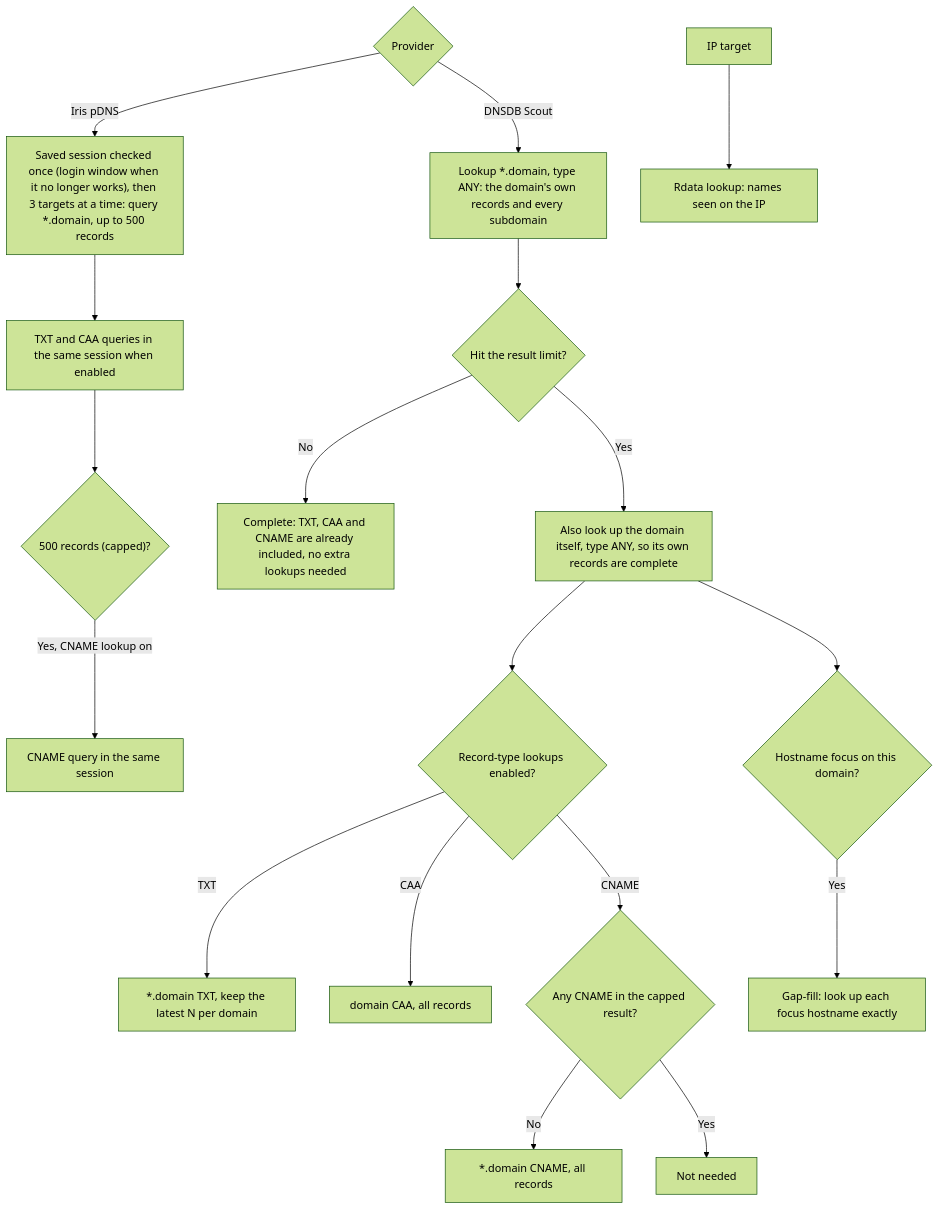
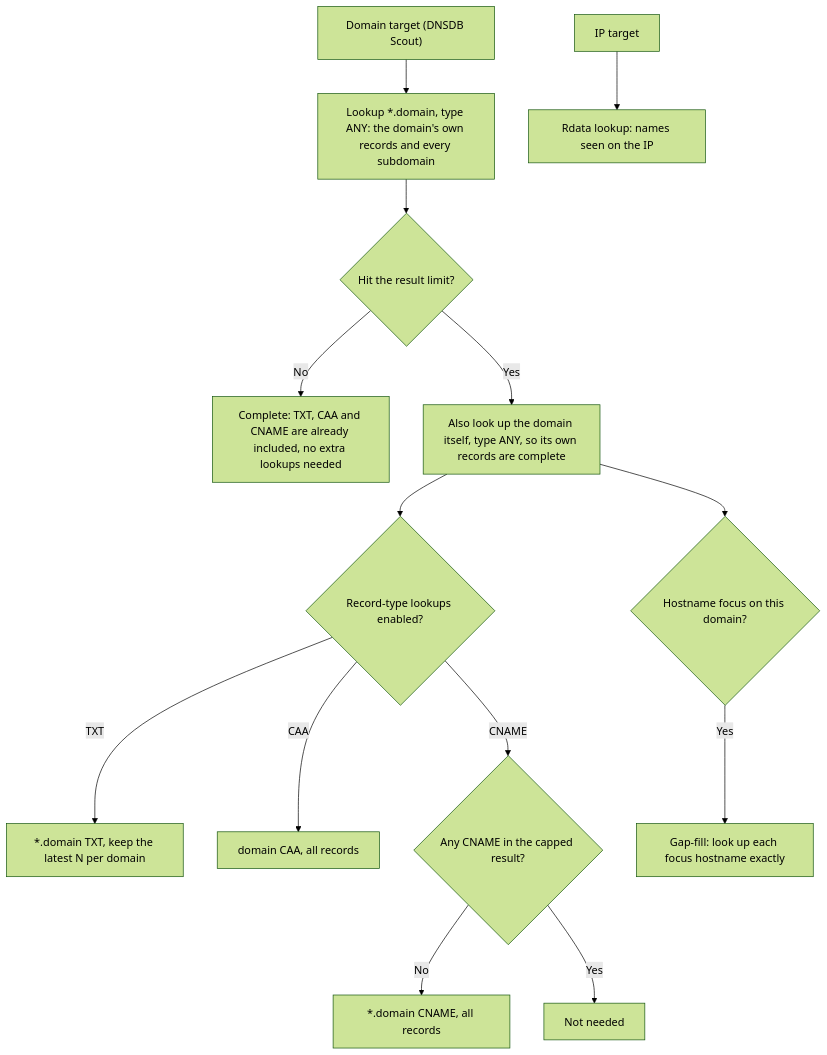
One commit to mmesojedec/DomainTools_Analysis_Detection changed the fifth of 8 diagrams in docs/WORKFLOWS.md. Above: the diagram before and after it, drawn with Mermaid (forest theme). The commit also changed other lines of this file and 34 other files, not shown here.

````diff
--- a/docs/WORKFLOWS.md
+++ b/docs/WORKFLOWS.md
@@ -152,20 +150,16 @@
 ```mermaid
 flowchart TD
-    A{"Provider"} -- "DNSDB Scout" --> B["Lookup *.domain, type ANY: the domain's own records and every subdomain"]
-    A -- "Iris pDNS" --> I["Saved session checked once (login window when it no longer works), then 3 targets at a time: query *.domain, up to 500 records"]
-    I --> I2["TXT and CAA queries in the same session when enabled"]
-    I2 --> I3{"500 records (capped)?"}
-    I3 -- "Yes, CNAME lookup on" --> I4["CNAME query in the same session"]
+    A["Domain target (DNSDB Scout)"] --> B["Lookup *.domain, type ANY: the domain's own records and every subdomain"]
     B --> C{"Hit the result limit?"}
     C -- "No" --> D["Complete: TXT, CAA and CNAME are already included, no extra lookups needed"]
     C -- "Yes" --> E["Also look up the domain itself, type ANY, so its own records are complete"]
     E --> F{"Record-type lookups enabled?"}
     F -- "TXT" --> G["*.domain TXT, keep the latest N per domain"]
     F -- "CAA" --> H["domain CAA, all records"]
     F -- "CNAME" --> CN{"Any CNAME in the capped result?"}
     CN -- "No" --> CN2["*.domain CNAME, all records"]
     CN -- "Yes" --> CN3["Not needed"]
     E --> K{"Hostname focus on this domain?"}
     K -- "Yes" --> L["Gap-fill: look up each focus hostname exactly"]
     IP["IP target"] --> IP2["Rdata lookup: names seen on the IP"]
 ```
````
